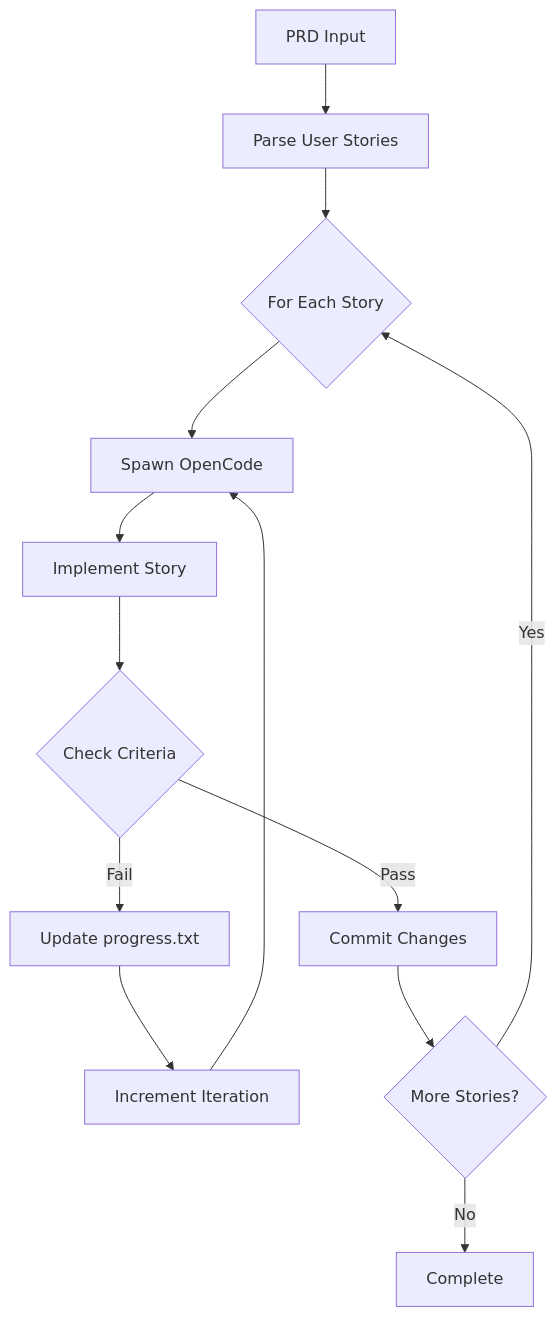
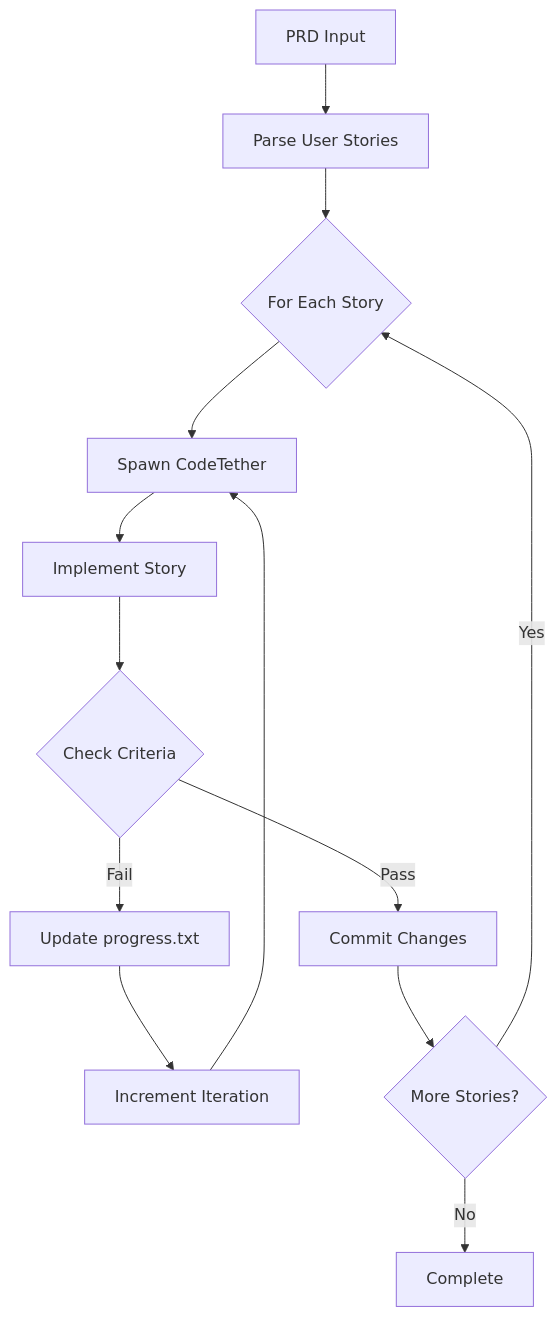
The diagram in codetether-docs/features/ralph.md (rileyseaburg/codetether), drawn with Mermaid before and after one commit. The commit also changed other lines of this file and 26 other files, not shown here.

````diff
--- a/codetether-docs/features/ralph.md
+++ b/codetether-docs/features/ralph.md
@@ -26,15 +26,15 @@
 ```mermaid
 flowchart TD
     A[PRD Input] --> B[Parse User Stories]
     B --> C{For Each Story}
-    C --> D[Spawn OpenCode]
+    C --> D[Spawn CodeTether]
     D --> E[Implement Story]
     E --> F{Check Criteria}
     F -->|Pass| G[Commit Changes]
     F -->|Fail| H[Update progress.txt]
     H --> I[Increment Iteration]
     I --> D
     G --> J{More Stories?}
     J -->|Yes| C
     J -->|No| K[Complete]
 ```
````
